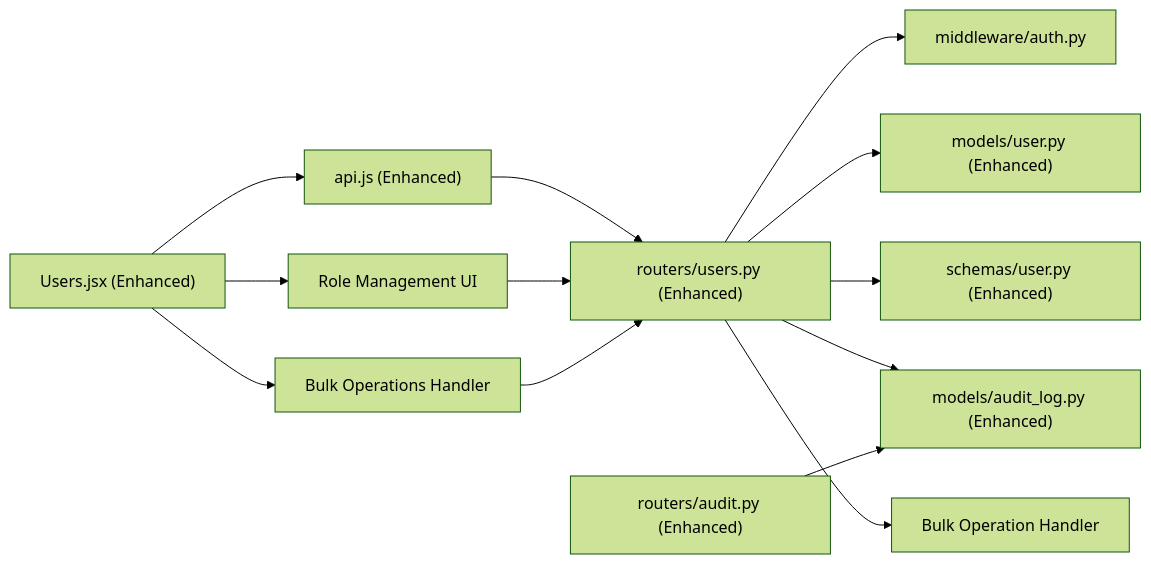
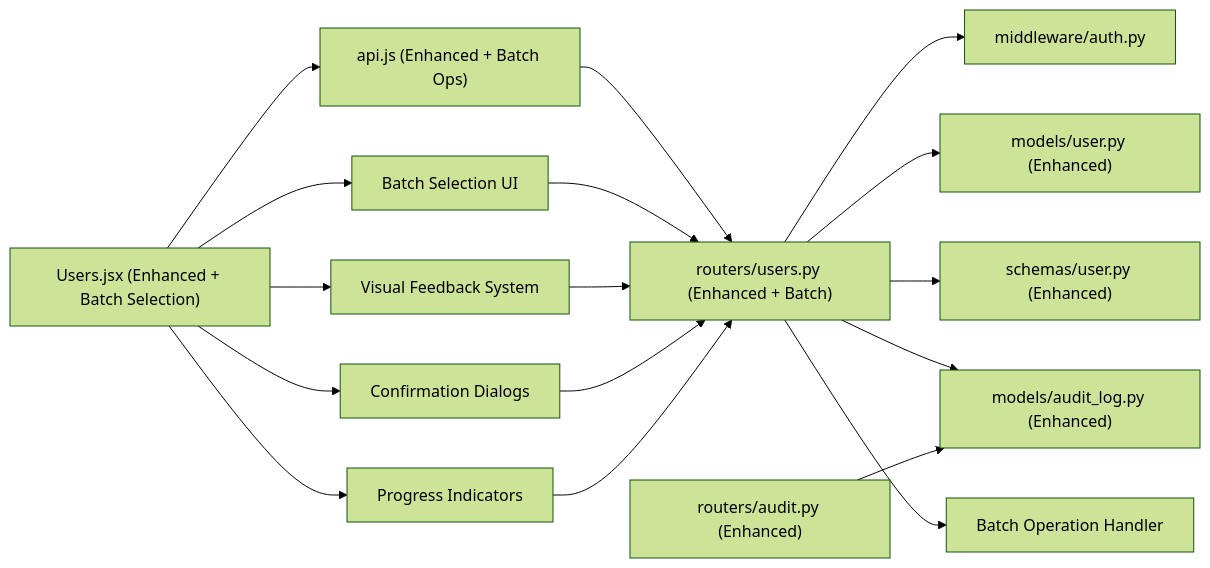
Before and after one commit to 14Lucifer/hackathon_ecs_creator: the eighth of 8 diagrams in .qoder/repowiki/en/content/Frontend Development/Page Components & Routing/User Management Interface.md, drawn with Mermaid (forest theme). The commit also changed other lines of this file and 96 other files, not shown here.

````diff
--- a/.qoder/repowiki/en/content/Frontend Development/Page Components & Routing/User Management Interface.md
+++ b/.qoder/repowiki/en/content/Frontend Development/Page Components & Routing/User Management Interface.md
@@ -419,15 +571,19 @@
 ```mermaid
 graph LR
-UI["Users.jsx (Enhanced)"] --> APISvc["api.js (Enhanced)"]
-UI --> RoleMgr["Role Management UI"]
-UI --> BulkOps["Bulk Operations Handler"]
-APISvc --> Router["routers/users.py (Enhanced)"]
-RoleMgr --> Router
-BulkOps --> Router
+UI["Users.jsx (Enhanced + Batch Selection)"] --> APISvc["api.js (Enhanced + Batch Ops)"]
+UI --> BatchSel["Batch Selection UI"]
+UI --> VisualFB["Visual Feedback System"]
+UI --> ConfDlg["Confirmation Dialogs"]
+UI --> ProgInd["Progress Indicators"]
+APISvc --> Router["routers/users.py (Enhanced + Batch)"]
+BatchSel --> Router
+VisualFB --> Router
+ConfDlg --> Router
+ProgInd --> Router
 Router --> Auth["middleware/auth.py"]
 Router --> UserModel["models/user.py (Enhanced)"]
 Router --> UserSchema["schemas/user.py (Enhanced)"]
 Router --> AuditModel["models/audit_log.py (Enhanced)"]
-Router --> BulkHandler["Bulk Operation Handler"]
+Router --> BatchHandler["Batch Operation Handler"]
 AuditRouter["routers/audit.py (Enhanced)"] --> AuditModel
 ```
````
